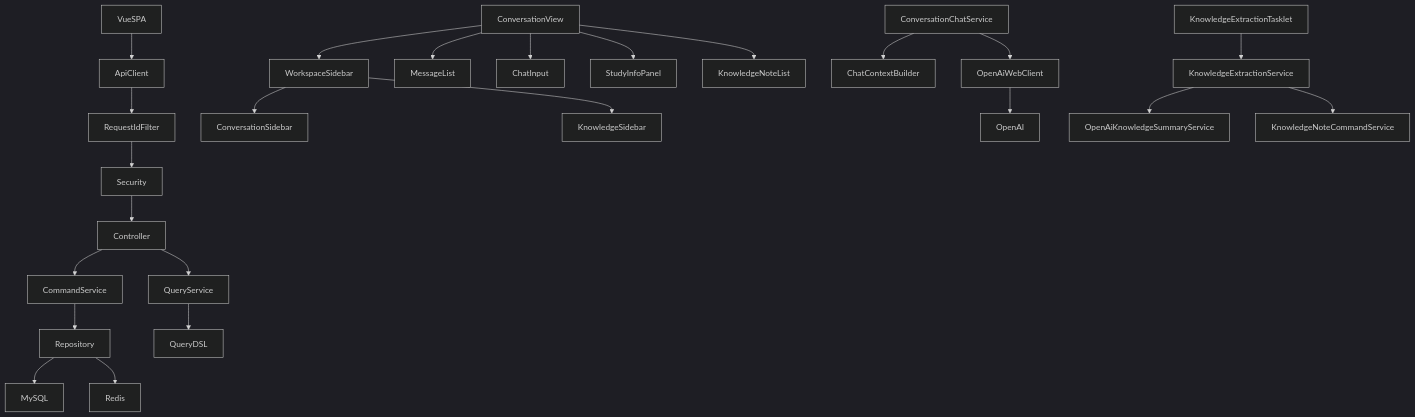
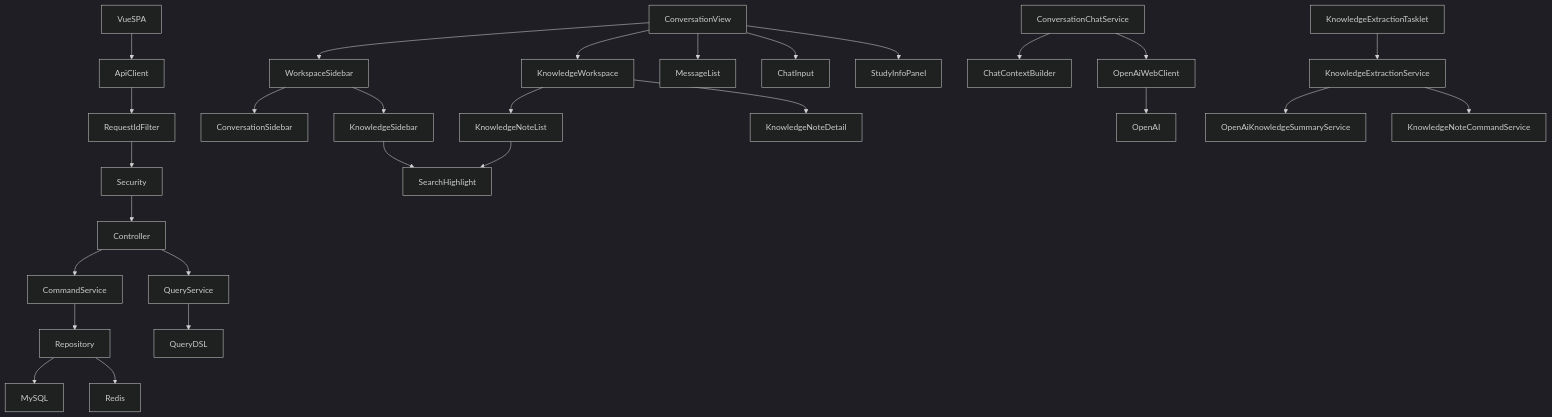
One commit to keunoh/feldbuch changed the diagram in README.md. Above: the diagram before and after it, drawn with Mermaid (dark theme). The commit also changed other lines of this file and 3 other files, not shown here.

````diff
--- a/README.md
+++ b/README.md
@@ -77,29 +88,33 @@
 ```mermaid
 flowchart TD
     VueSPA --> ApiClient
     ApiClient --> RequestIdFilter
     RequestIdFilter --> Security
     Security --> Controller
     Controller --> CommandService
     Controller --> QueryService
     CommandService --> Repository
     QueryService --> QueryDSL
     Repository --> MySQL
     Repository --> Redis
 
     ConversationView --> WorkspaceSidebar
     WorkspaceSidebar --> ConversationSidebar
     WorkspaceSidebar --> KnowledgeSidebar
+    ConversationView --> KnowledgeWorkspace
     ConversationView --> MessageList
     ConversationView --> ChatInput
     ConversationView --> StudyInfoPanel
-    ConversationView --> KnowledgeNoteList
+    KnowledgeWorkspace --> KnowledgeNoteList
+    KnowledgeWorkspace --> KnowledgeNoteDetail
+    KnowledgeNoteList --> SearchHighlight
+    KnowledgeSidebar --> SearchHighlight
 
     ConversationChatService --> ChatContextBuilder
     ConversationChatService --> OpenAiWebClient
     OpenAiWebClient --> OpenAI
 
     KnowledgeExtractionTasklet --> KnowledgeExtractionService
     KnowledgeExtractionService --> OpenAiKnowledgeSummaryService
     KnowledgeExtractionService --> KnowledgeNoteCommandService
 ```
````
